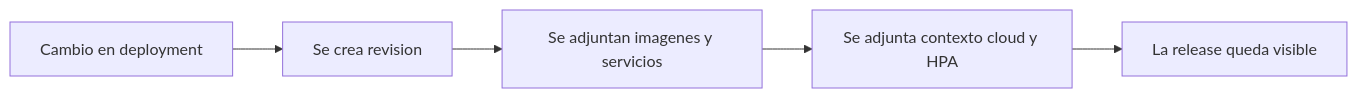
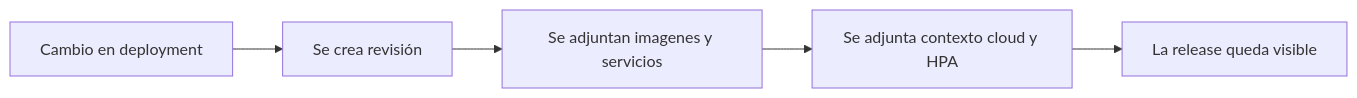
The third of 5 diagrams in src/content/docs/es/index.md (Moonin-Lab/Moonin-Docs), drawn with Mermaid before and after one commit. The commit also changed other lines of this file and 84 other files, not shown here.

````diff
--- a/src/content/docs/es/index.md
+++ b/src/content/docs/es/index.md
@@ -89,10 +99,10 @@
 ```mermaid
 flowchart LR
     A[Cambio en deployment]
-    B[Se crea revision]
+    B[Se crea revisión]
     C[Se adjuntan imagenes y servicios]
     D[Se adjunta contexto cloud y HPA]
     E[La release queda visible]
 
     A --> B --> C --> D --> E
 ```
````
